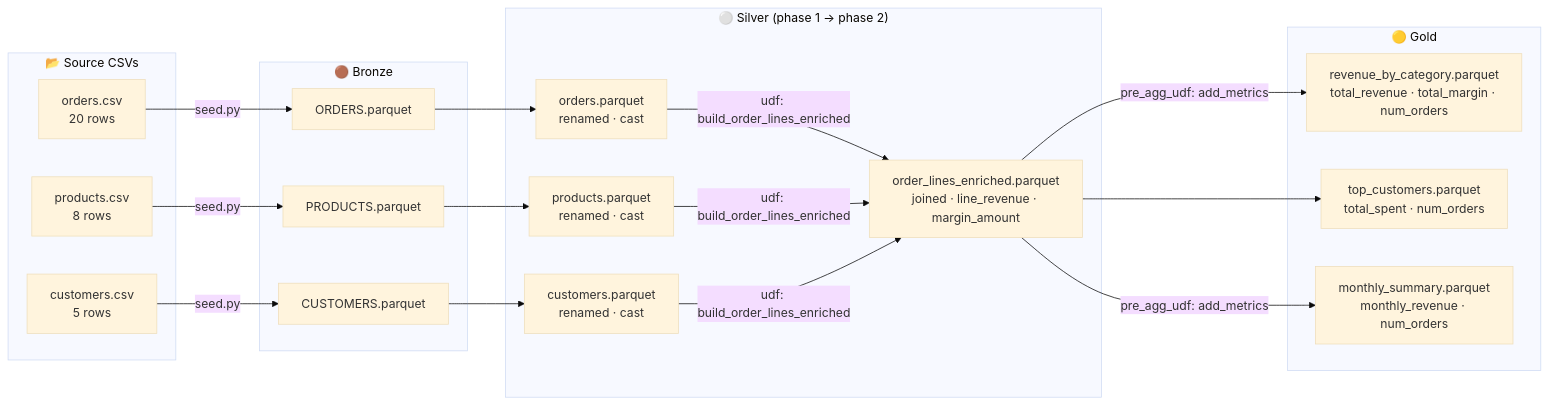
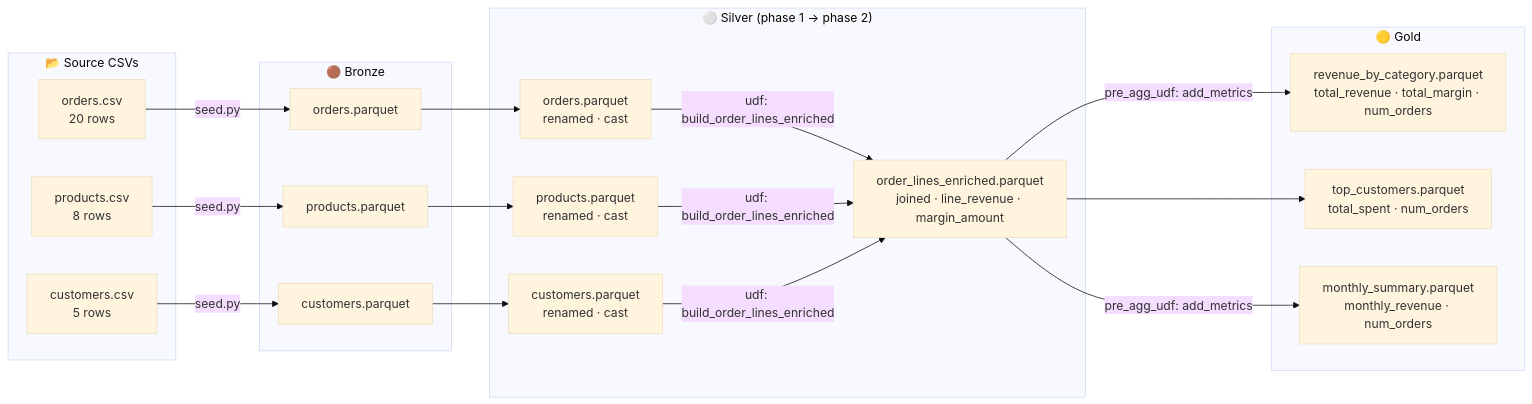
One commit to tummala-hareesh/openmedallion changed the second of 2 diagrams in examples/ecommerce_analytics_demo/README.md. Above: the diagram before and after it, drawn with Mermaid (base theme). The commit also changed other lines of this file and 24 other files, not shown here.

````diff
--- a/examples/ecommerce_analytics_demo/README.md
+++ b/examples/ecommerce_analytics_demo/README.md
@@ -47,41 +47,41 @@
 ```mermaid
 flowchart LR
     subgraph src["📂 Source CSVs"]
         O["orders.csv\n20 rows"]
         P["products.csv\n8 rows"]
         C["customers.csv\n5 rows"]
     end
 
     subgraph bronze["🟤 Bronze"]
-        BO["ORDERS.parquet"]
-        BP["PRODUCTS.parquet"]
-        BC["CUSTOMERS.parquet"]
+        BO["orders.parquet"]
+        BP["products.parquet"]
+        BC["customers.parquet"]
     end
 
     subgraph silver["⚪ Silver  (phase 1 → phase 2)"]
         SO["orders.parquet\nrenamed · cast"]
         SP["products.parquet\nrenamed · cast"]
         SC["customers.parquet\nrenamed · cast"]
         EN["order_lines_enriched.parquet\njoined · line_revenue · margin_amount"]
     end
 
     subgraph gold["🟡 Gold"]
         G1["revenue_by_category.parquet\ntotal_revenue · total_margin · num_orders"]
         G2["top_customers.parquet\ntotal_spent · num_orders"]
         G3["monthly_summary.parquet\nmonthly_revenue · num_orders"]
     end
 
     O -->|seed.py| BO
     P -->|seed.py| BP
     C -->|seed.py| BC
 
     BO --> SO
     BP --> SP
     BC --> SC
 
     SO & SP & SC -->|udf: build_order_lines_enriched| EN
 
     EN -->|pre_agg_udf: add_metrics| G1
     EN --> G2
     EN -->|pre_agg_udf: add_metrics| G3
 ```
````
